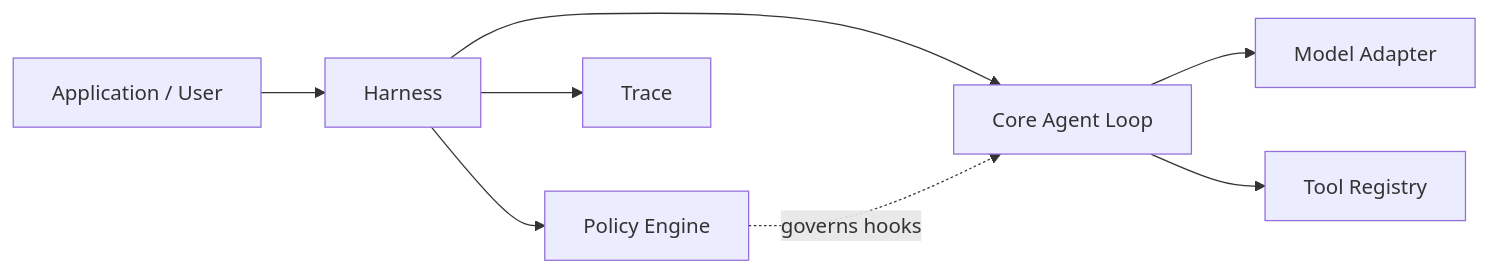
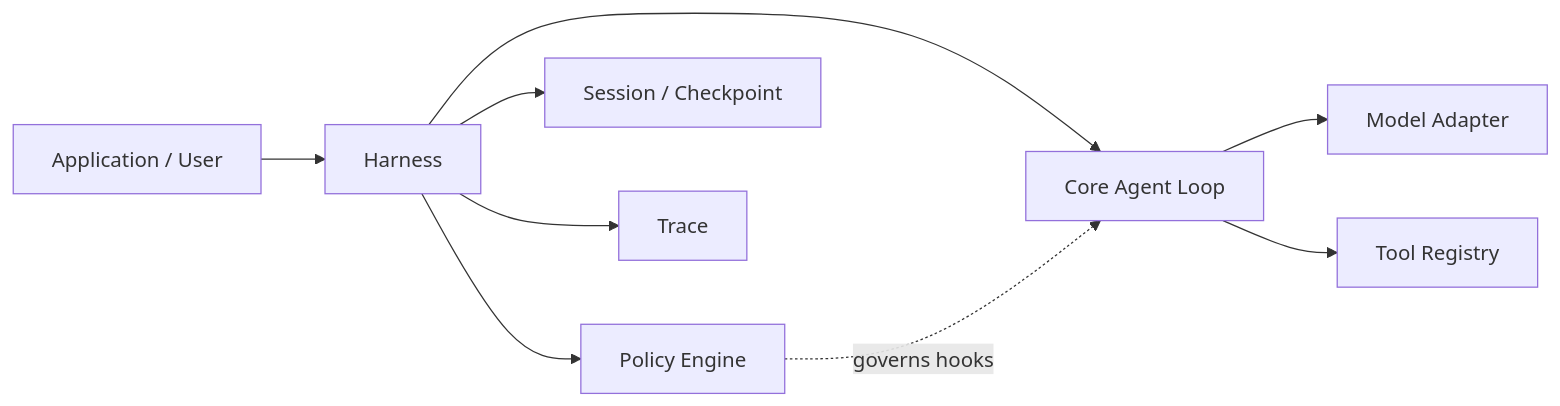
Before and after one commit to WeiSuanDi/EvoPi: the diagram in README.md, drawn with Mermaid. The commit also changed other lines of this file and 21 other files, not shown here.

````diff
--- a/README.md
+++ b/README.md
@@ -20,10 +21,11 @@
 ```mermaid
 flowchart LR
     U["Application / User"] --> H["Harness"]
     H --> C["Core Agent Loop"]
     C --> M["Model Adapter"]
     C --> T["Tool Registry"]
     H --> P["Policy Engine"]
+    H --> S["Session / Checkpoint"]
     H --> X["Trace"]
     P -. "governs hooks" .-> C
 ```
````
